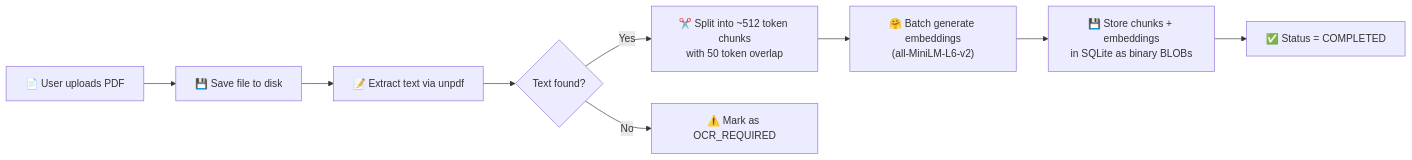
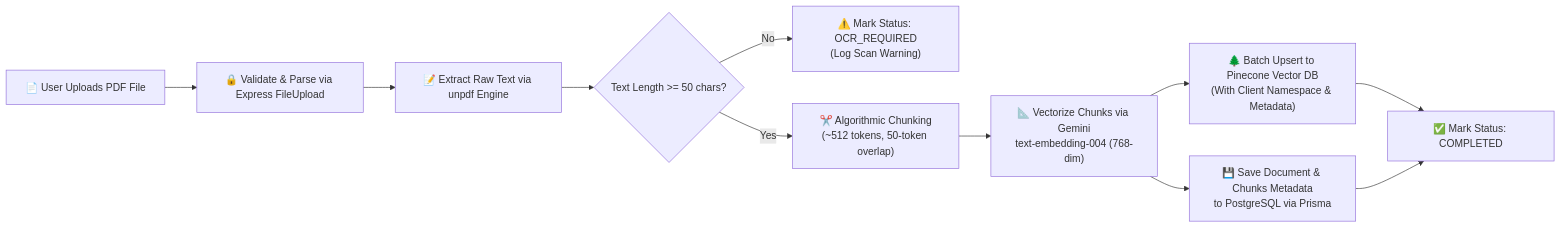
Before and after one commit to harsh18082001/ai-pdf-intelligence: the second of 6 diagrams in README.md, drawn with Mermaid. The commit also changed other lines of this file and 50 other files, not shown here.

````diff
--- a/README.md
+++ b/README.md
@@ -75,11 +104,12 @@
 ```mermaid
 flowchart LR
-    A["📄 User uploads PDF"] --> B["💾 Save file to disk"]
-    B --> C["📝 Extract text via unpdf"]
-    C --> D{"Text found?"}
-    D -- Yes --> E["✂️ Split into ~512 token chunks\nwith 50 token overlap"]
-    D -- No --> F["⚠️ Mark as OCR_REQUIRED"]
-    E --> G["🤗 Batch generate embeddings\n(all-MiniLM-L6-v2)"]
-    G --> H["💾 Store chunks + embeddings\nin SQLite as binary BLOBs"]
-    H --> I["✅ Status = COMPLETED"]
+    A["📄 User Uploads PDF File"] --> B["🔒 Validate & Parse via Express FileUpload"]
+    B --> C["📝 Extract Raw Text via unpdf Engine"]
+    C --> D{"Text Length >= 50 chars?"}
+    D -- No --> E["⚠️ Mark Status: OCR_REQUIRED\n(Log Scan Warning)"]
+    D -- Yes --> F["✂️ Algorithmic Chunking\n(~512 tokens, 50-token overlap)"]
+    F --> G["📐 Vectorize Chunks via Gemini\ntext-embedding-004 (768-dim)"]
+    G --> H["🌲 Batch Upsert to Pinecone Vector DB\n(With Client Namespace & Metadata)"]
+    G --> I["💾 Save Document & Chunks Metadata\nto PostgreSQL via Prisma"]
+    H & I --> J["✅ Mark Status: COMPLETED"]
 ```
````
